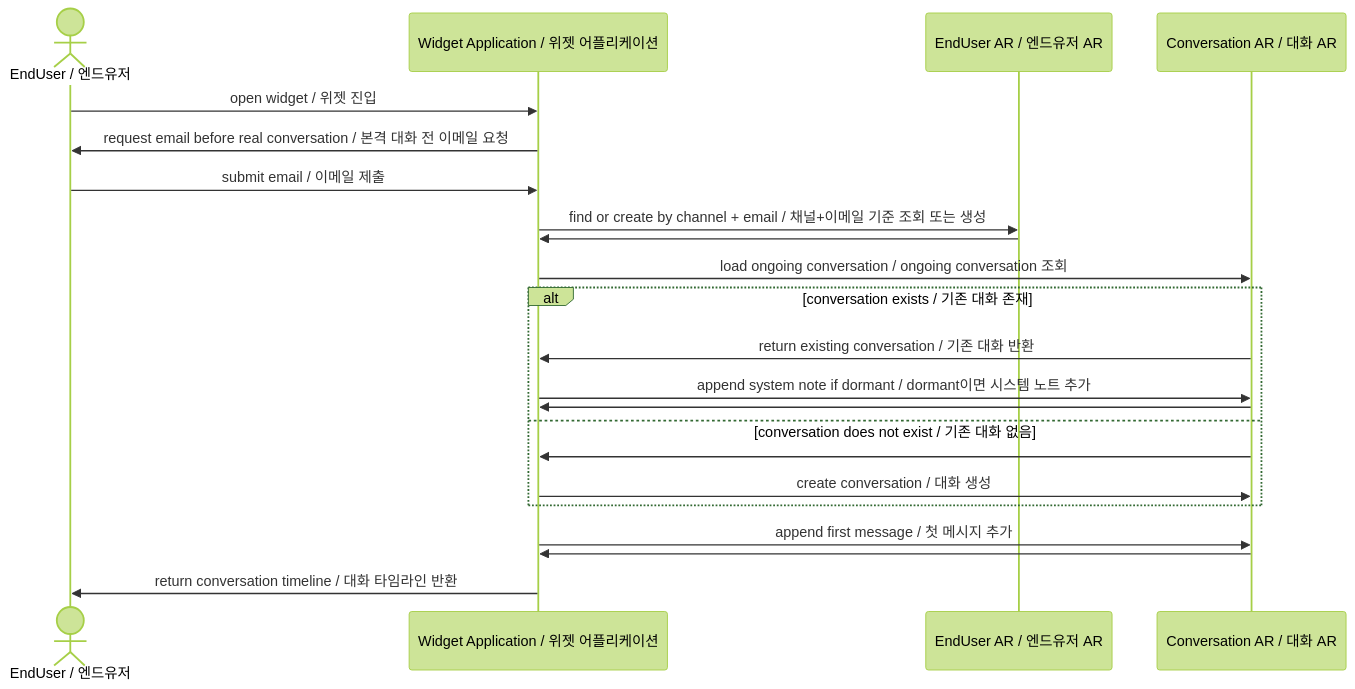
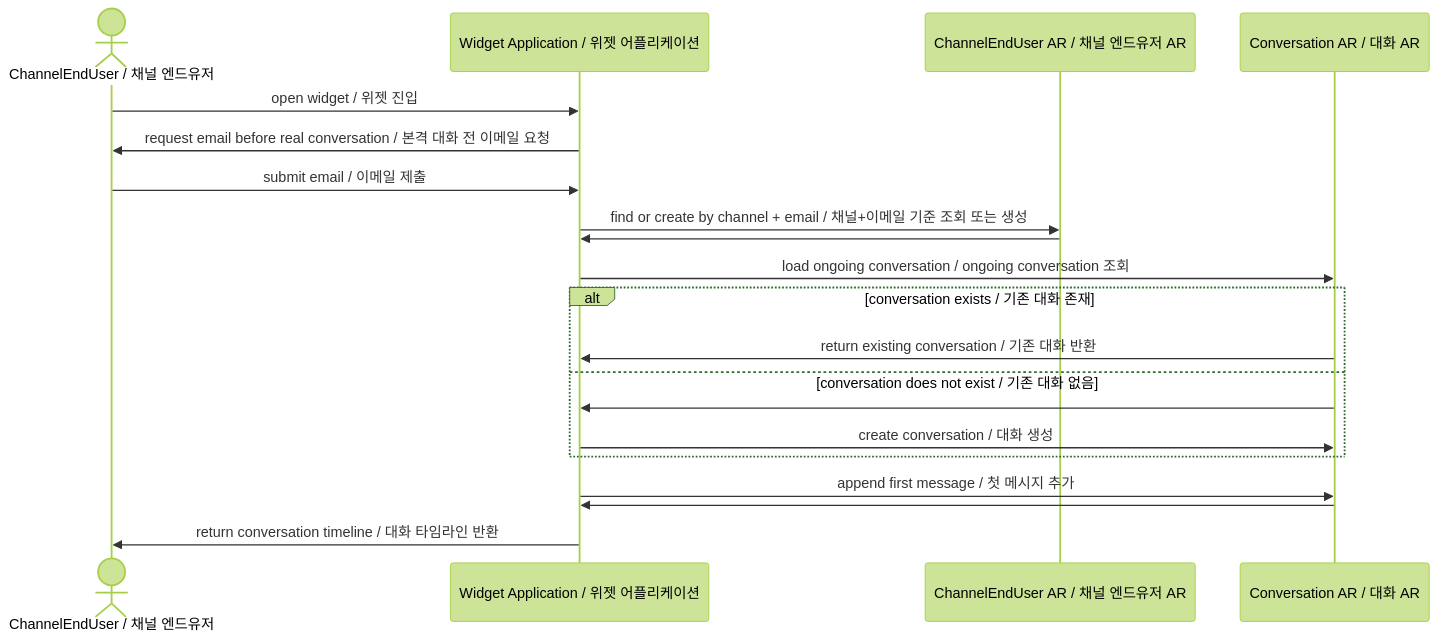
The third of 6 diagrams in 00-docs/03-admin/sequence-diagram.md (citron0137/exp-message), drawn with Mermaid (forest theme) before and after one commit. The commit also changed other lines of this file and 2 other files, not shown here.

````diff
--- a/00-docs/03-admin/sequence-diagram.md
+++ b/00-docs/03-admin/sequence-diagram.md
@@ -83,30 +85,28 @@
 ```mermaid
 sequenceDiagram
-    actor end_user as EndUser / 엔드유저
+    actor end_user as ChannelEndUser / 채널 엔드유저
     participant widget_app as Widget Application / 위젯 어플리케이션
-    participant enduser as EndUser AR / 엔드유저 AR
+    participant enduser as ChannelEndUser AR / 채널 엔드유저 AR
     participant conversation as Conversation AR / 대화 AR
 
     end_user ->> widget_app: open widget / 위젯 진입
     widget_app ->> end_user: request email before real conversation / 본격 대화 전 이메일 요청
 
     end_user ->> widget_app: submit email / 이메일 제출
     widget_app ->> enduser: find or create by channel + email / 채널+이메일 기준 조회 또는 생성
     enduser ->> widget_app:
 
     widget_app ->> conversation: load ongoing conversation / ongoing conversation 조회
 
     alt conversation exists / 기존 대화 존재
         conversation ->> widget_app: return existing conversation / 기존 대화 반환
-        widget_app ->> conversation: append system note if dormant / dormant이면 시스템 노트 추가
-        conversation ->> widget_app:
     else conversation does not exist / 기존 대화 없음
         conversation ->> widget_app:
         widget_app ->> conversation: create conversation / 대화 생성
     end
 
     widget_app ->> conversation: append first message / 첫 메시지 추가
     conversation ->> widget_app:
 
     widget_app ->> end_user: return conversation timeline / 대화 타임라인 반환
 ```
````
